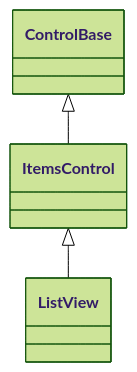
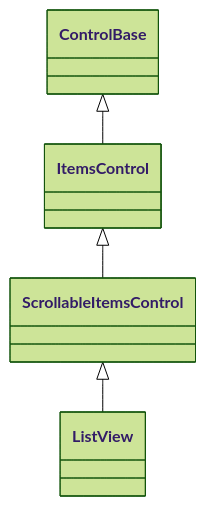
One commit to pavkam/sharp-vision changed the diagram in docs/controls/collections/list-view.md. Above: the diagram before and after it, drawn with Mermaid (forest theme). The commit also changed other lines of this file and 35 other files, not shown here.

````diff
--- a/docs/controls/collections/list-view.md
+++ b/docs/controls/collections/list-view.md
@@ -38,5 +38,6 @@
 ```mermaid
 classDiagram
     ControlBase <|-- ItemsControl
-    ItemsControl <|-- ListView
+    ItemsControl <|-- ScrollableItemsControl
+    ScrollableItemsControl <|-- ListView
 ```
````
